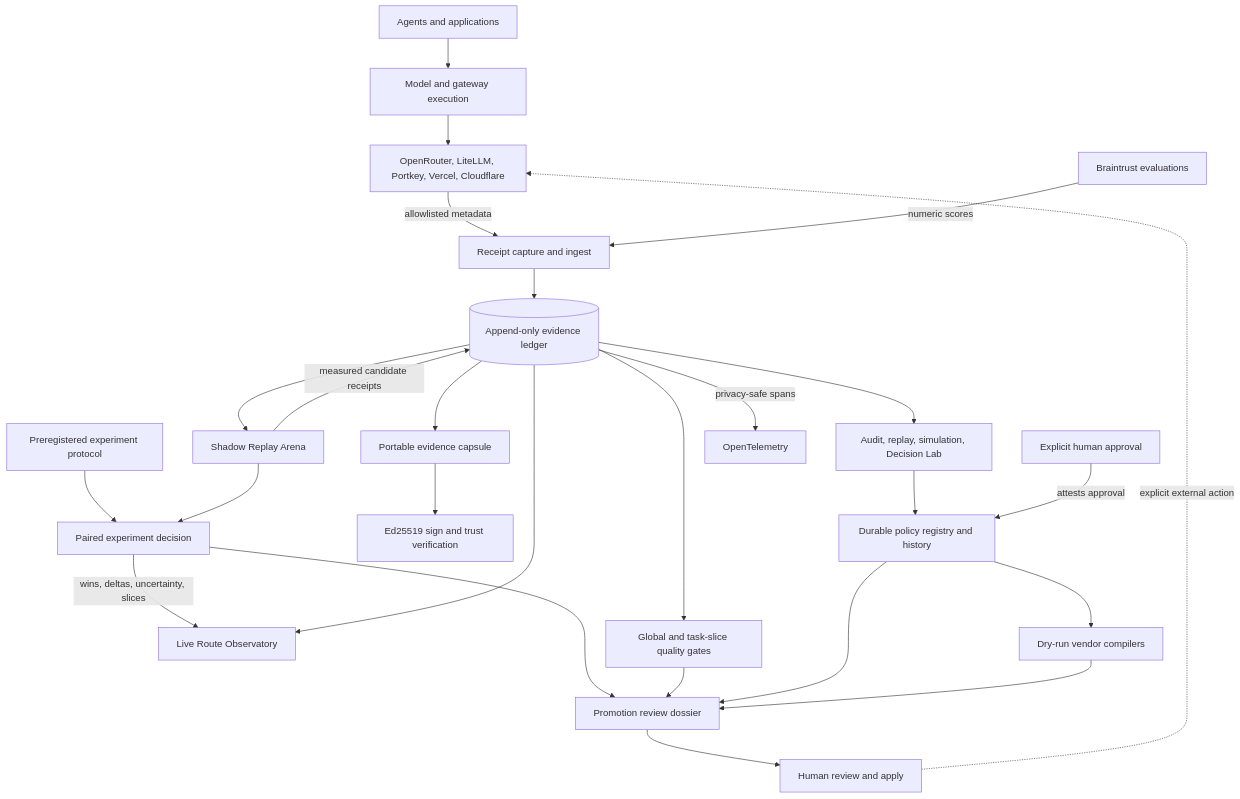
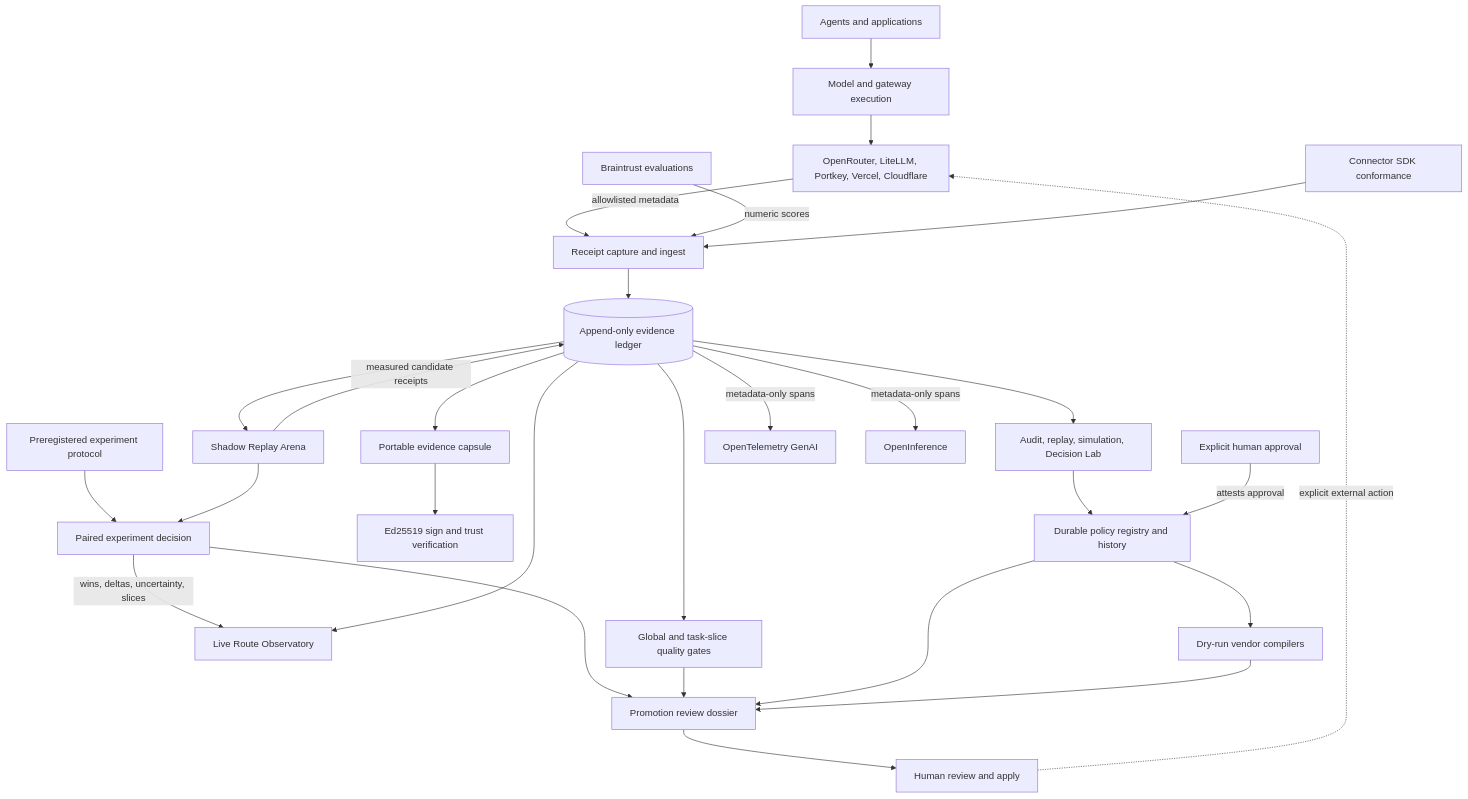
Before and after one commit to abhid1234/AgentRoute: the first of 2 diagrams in docs/architecture.md, drawn with Mermaid. The commit also changed other lines of this file, not shown here.

````diff
--- a/docs/architecture.md
+++ b/docs/architecture.md
@@ -8,28 +8,30 @@
 ```mermaid
 flowchart TB
   APP[Agents and applications] --> EXEC[Model and gateway execution]
   EXEC --> SOURCES[OpenRouter, LiteLLM, Portkey, Vercel, Cloudflare]
   SOURCES -->|allowlisted metadata| CAPTURE[Receipt capture and ingest]
   BRAIN[Braintrust evaluations] -->|numeric scores| CAPTURE
   CAPTURE --> LEDGER[(Append-only evidence ledger)]
   LEDGER --> ANALYZE[Audit, replay, simulation, Decision Lab]
   LEDGER --> ARENA[Shadow Replay Arena]
   ARENA -->|measured candidate receipts| LEDGER
   PROTOCOL[Preregistered experiment protocol] --> EXPERIMENT[Paired experiment decision]
   ARENA --> EXPERIMENT
   EXPERIMENT -->|wins, deltas, uncertainty, slices| OBS[Live Route Observatory]
   LEDGER --> OBS
   LEDGER --> GATE[Global and task-slice quality gates]
   LEDGER --> CAPSULE[Portable evidence capsule]
   CAPSULE --> SIGN[Ed25519 sign and trust verification]
   ANALYZE --> POLICY[Durable policy registry and history]
   HUMAN[Explicit human approval] -->|attests approval| POLICY
   POLICY --> COMPILE[Dry-run vendor compilers]
   EXPERIMENT --> DOSSIER[Promotion review dossier]
   GATE --> DOSSIER
   POLICY --> DOSSIER
   COMPILE --> DOSSIER
   DOSSIER --> REVIEW[Human review and apply]
   REVIEW -. explicit external action .-> SOURCES
-  LEDGER -->|privacy-safe spans| OTEL[OpenTelemetry]
+  SDK[Connector SDK conformance] --> CAPTURE
+  LEDGER -->|metadata-only spans| OTEL[OpenTelemetry GenAI]
+  LEDGER -->|metadata-only spans| OI[OpenInference]
 ```
````
